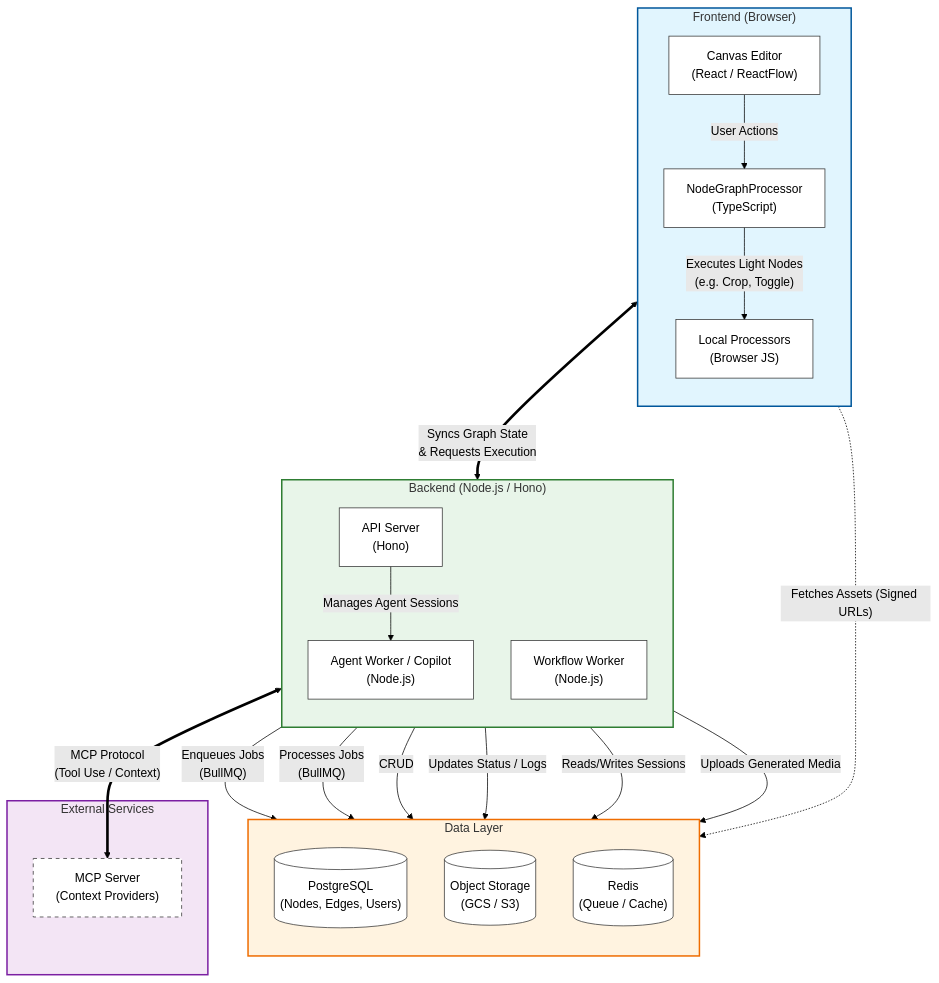
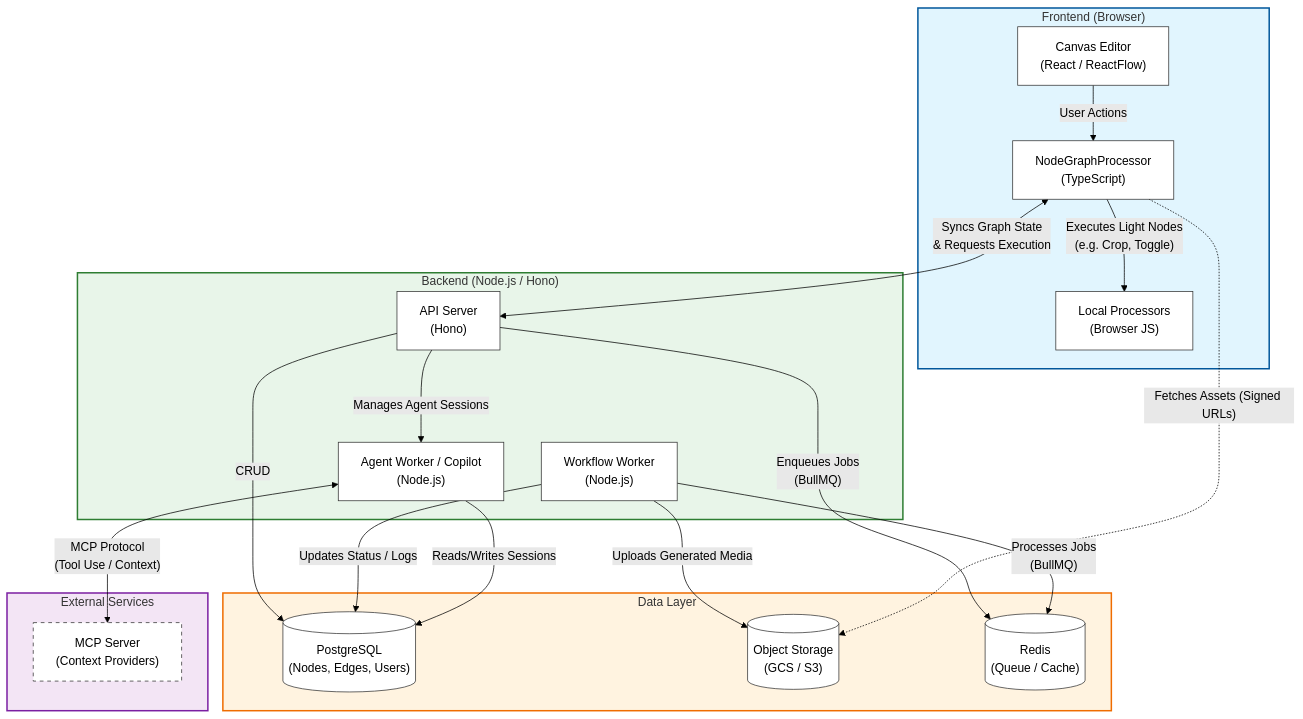
Before and after one commit to gatewai-dev/Gatewai: the diagram in docs/architecture_diagram.md, drawn with Mermaid (forest theme).

Commit message:
diagram upts

````diff
--- a/docs/architecture_diagram.md
+++ b/docs/architecture_diagram.md
@@ -5,64 +5,61 @@
 ```mermaid
 graph TB
     subgraph Frontend["Frontend (Browser)"]
-        direction TB
         style Frontend fill:#e1f5fe,stroke:#01579b,stroke-width:2px
         
         CanvasEditor["Canvas Editor<br>(React / ReactFlow)"]:::component
         NodeGraphProcessor["NodeGraphProcessor<br>(TypeScript)"]:::component
         LocalProcessors["Local Processors<br>(Browser JS)"]:::component
         
         CanvasEditor -- "User Actions" --> NodeGraphProcessor
         NodeGraphProcessor -- "Executes Light Nodes<br>(e.g. Crop, Toggle)" --> LocalProcessors
     end
 
     subgraph Backend["Backend (Node.js / Hono)"]
-        direction TB
         style Backend fill:#e8f5e9,stroke:#2e7d32,stroke-width:2px
         
         APIServer["API Server<br>(Hono)"]:::component
         WorkflowWorker["Workflow Worker<br>(Node.js)"]:::component
         AgentWorker["Agent Worker / Copilot<br>(Node.js)"]:::component
         
         APIServer -- "Manages Agent Sessions" --> AgentWorker
     end
 
     subgraph DataLayer["Data Layer"]
-        direction TB
         style DataLayer fill:#fff3e0,stroke:#ef6c00,stroke-width:2px
         
         PostgreSQL[("PostgreSQL<br>(Nodes, Edges, Users)")]:::database
         ObjectStorage[("Object Storage<br>(GCS / S3)")]:::database
         Redis[("Redis<br>(Queue / Cache)")]:::database
     end
 
     subgraph External["External Services"]
         style External fill:#f3e5f5,stroke:#7b1fa2,stroke-width:2px
         
         MCPServer["MCP Server<br>(Context Providers)"]:::external
     end
 
     %% Key Interactions
-    NodeGraphProcessor <== "Syncs Graph State<br>& Requests Execution" ==> APIServer
+    NodeGraphProcessor <-->|"Syncs Graph State<br>& Requests Execution"| APIServer
     
     %% Queue Interaction (BullMQ)
     APIServer -- "Enqueues Jobs<br>(BullMQ)" --> Redis
     WorkflowWorker -- "Processes Jobs<br>(BullMQ)" --> Redis
 
     %% Backend Data Access
     APIServer -- "CRUD" --> PostgreSQL
     WorkflowWorker -- "Updates Status / Logs" --> PostgreSQL
     AgentWorker -- "Reads/Writes Sessions" --> PostgreSQL
     
     %% Asset Flow
     WorkflowWorker -- "Uploads Generated Media" --> ObjectStorage
     NodeGraphProcessor -. "Fetches Assets (Signed URLs)" .-> ObjectStorage
     
     %% Agent Interactions
-    AgentWorker <== "MCP Protocol<br>(Tool Use / Context)" ==> MCPServer
+    AgentWorker <-->|"MCP Protocol<br>(Tool Use / Context)"| MCPServer
     
     %% Styling Classes
-    classDef component fill:#ffffff,stroke:#333,stroke-width:1px;
-    classDef database fill:#ffffff,stroke:#333,stroke-width:1px,shape:cylinder;
-    classDef external fill:#ffffff,stroke:#333,stroke-width:1px,stroke-dasharray: 5 5;
+    classDef component fill:#ffffff,stroke:#333,stroke-width:1px
+    classDef database fill:#ffffff,stroke:#333,stroke-width:1px
+    classDef external fill:#ffffff,stroke:#333,stroke-width:1px,stroke-dasharray: 5 5
 ```
````
